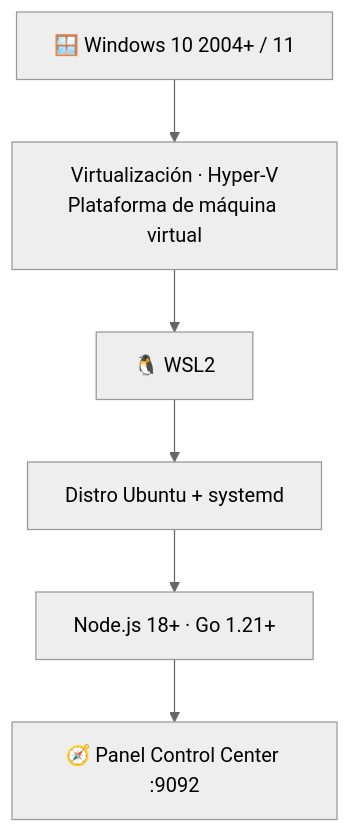
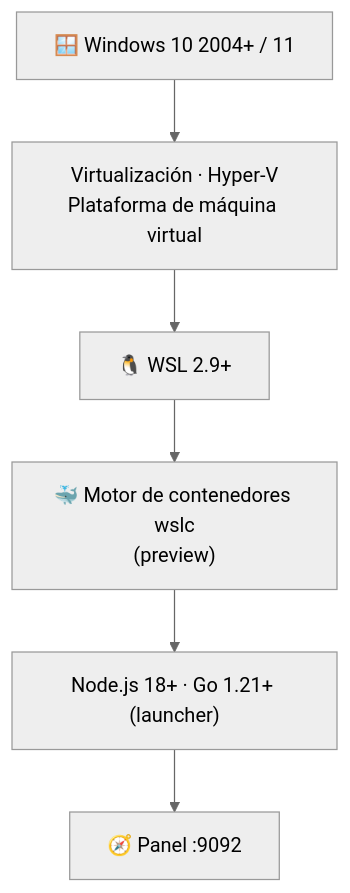
One commit to vladimiracunadev-create/wsl-labs changed the diagram in docs/REQUIREMENTS.md. Above: the diagram before and after it, drawn with Mermaid (neutral theme). The commit also changed other lines of this file and 90 other files, not shown here.

````diff
--- a/docs/REQUIREMENTS.md
+++ b/docs/REQUIREMENTS.md
@@ -14,8 +14,8 @@
 ```mermaid
 graph TD
     C1["🪟 Windows 10 2004+ / 11"] --> C2["Virtualización · Hyper-V<br/>Plataforma de máquina virtual"]
-    C2 --> C3["🐧 WSL2"]
-    C3 --> C4["Distro Ubuntu + systemd"]
-    C4 --> C5["Node.js 18+ · Go 1.21+"]
-    C5 --> C6["🧭 Panel Control Center :9092"]
+    C2 --> C3["🐧 WSL 2.9+"]
+    C3 --> C4["🐳 Motor de contenedores wslc<br/>(preview)"]
+    C4 --> C5["Node.js 18+ · Go 1.21+ (launcher)"]
+    C5 --> C6["🧭 Panel :9092"]
 ```
````
